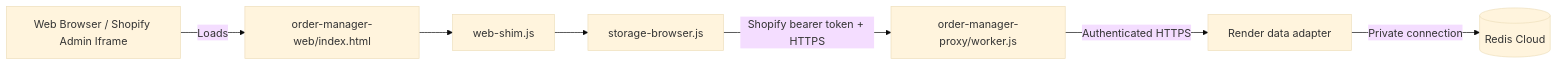
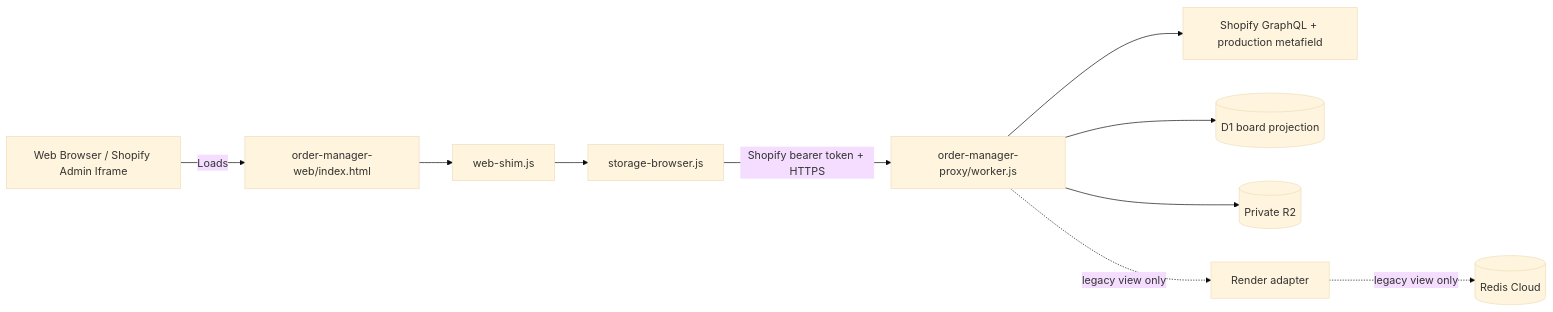
Before and after one commit to personman1234567/PrintMO-Order-Management: the diagram in docs/official-docs/workflows/web-shopify-porting.md, drawn with Mermaid (base theme). The commit also changed other lines of this file and 27 other files, not shown here.

Commit message:
Implement Shopify-primary candidate data plane

````diff
--- a/docs/official-docs/workflows/web-shopify-porting.md
+++ b/docs/official-docs/workflows/web-shopify-porting.md
@@ -25,9 +25,12 @@
 ```mermaid
 flowchart LR
     Browser[Web Browser / Shopify Admin Iframe] -->|Loads| IndexHTML[order-manager-web/index.html]
     IndexHTML --> WebShim[web-shim.js]
     WebShim --> StorageBrowser[storage-browser.js]
     StorageBrowser -->|Shopify bearer token + HTTPS| CFWorker[order-manager-proxy/worker.js]
-    CFWorker -->|Authenticated HTTPS| RenderAdapter[Render data adapter]
-    RenderAdapter -->|Private connection| RedisCloud[(Redis Cloud)]
+    CFWorker --> Shopify[Shopify GraphQL + production metafield]
+    CFWorker --> D1[(D1 board projection)]
+    CFWorker --> R2[(Private R2)]
+    CFWorker -. legacy view only .-> RenderAdapter[Render adapter]
+    RenderAdapter -. legacy view only .-> RedisCloud[(Redis Cloud)]
 ```
````
